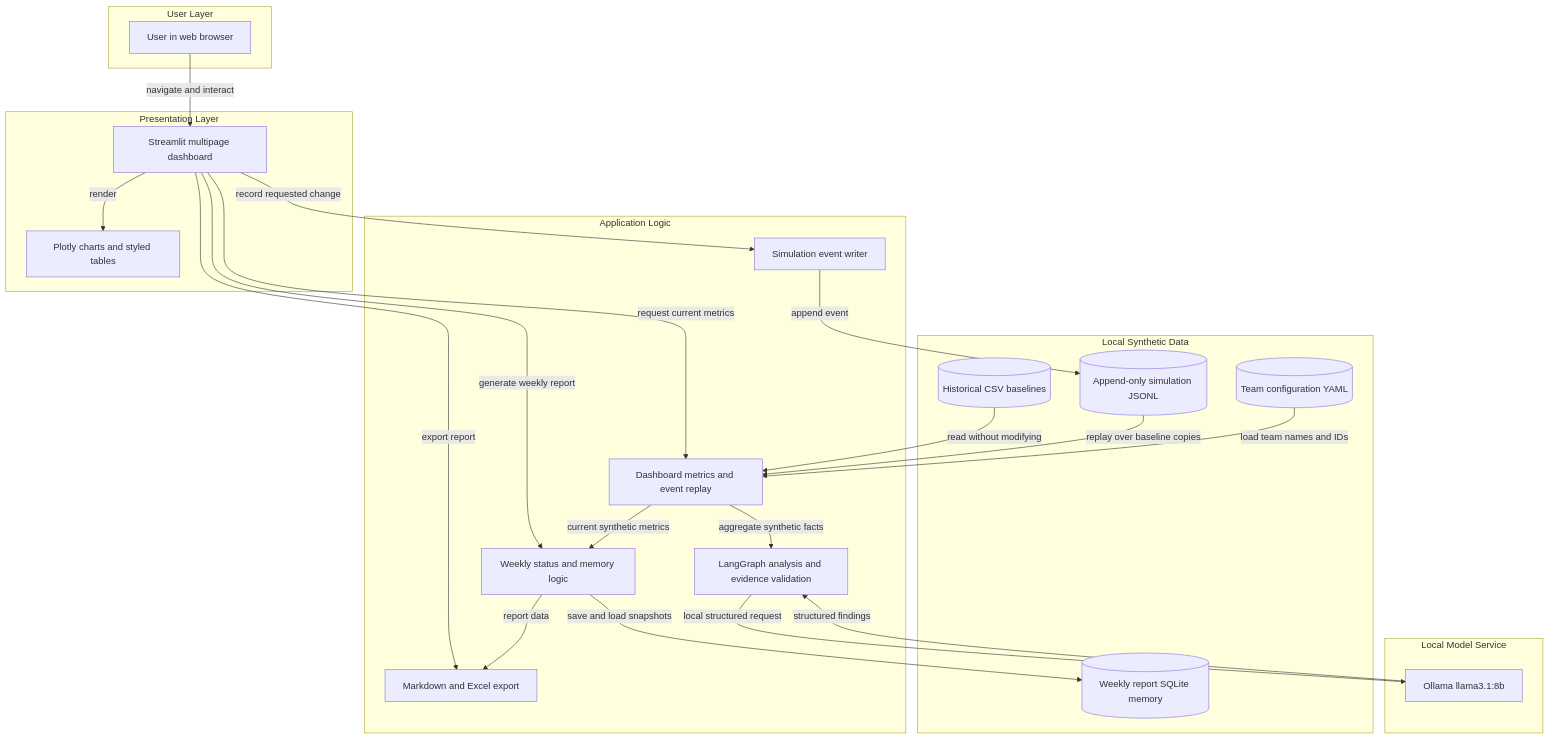
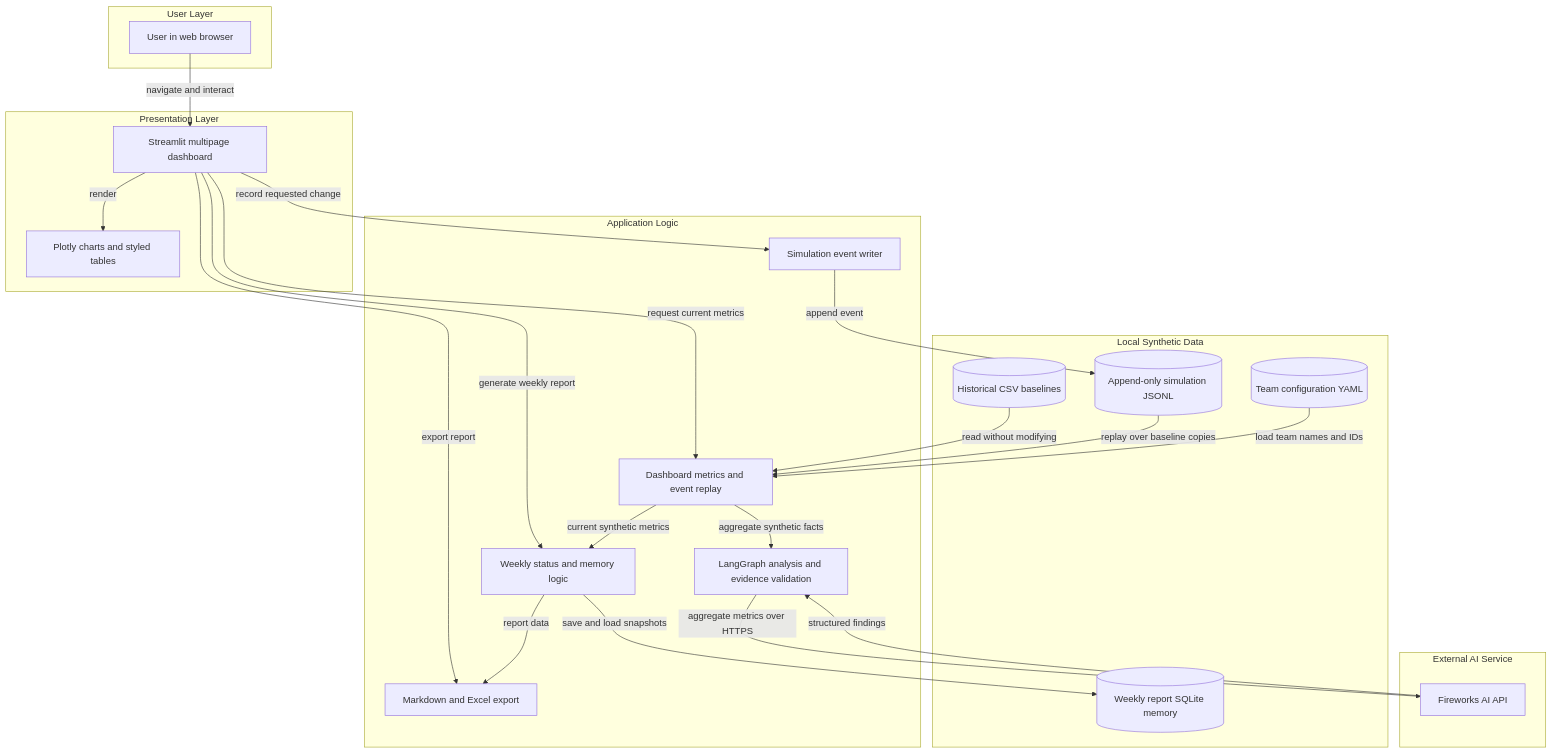
One commit to seema-srm/testpulse-ai changed the second of 3 diagrams in .github/modernize/assessment/engines/facts/architecture-diagram.md. Above: the diagram before and after it, drawn with Mermaid. The commit also changed other lines of this file and 11 other files, not shown here.

First line of the commit message:
Replace Ollama with Fireworks AI

````diff
--- a/.github/modernize/assessment/engines/facts/architecture-diagram.md
+++ b/.github/modernize/assessment/engines/facts/architecture-diagram.md
@@ -53,43 +53,43 @@
 ```mermaid
 flowchart TD
     subgraph UserLayer["User Layer"]
         Browser["User in web browser"]
     end
     subgraph PresentationLayer["Presentation Layer"]
         Streamlit["Streamlit multipage dashboard"]
         Charts["Plotly charts and styled tables"]
     end
     subgraph BusinessLayer["Application Logic"]
         Metrics["Dashboard metrics and event replay"]
         Simulation["Simulation event writer"]
         Reports["Weekly status and memory logic"]
         Analysis["LangGraph analysis and evidence validation"]
         Exports["Markdown and Excel export"]
     end
     subgraph LocalStorage["Local Synthetic Data"]
         Baseline[("Historical CSV baselines")]
         Events[("Append-only simulation JSONL")]
         Memory[("Weekly report SQLite memory")]
         TeamConfig[("Team configuration YAML")]
     end
-    subgraph LocalModel["Local Model Service"]
-        Ollama["Ollama llama3.1:8b"]
+    subgraph ExternalModel["External AI Service"]
+        Fireworks["Fireworks AI API"]
     end
 
     Browser -->|"navigate and interact"| Streamlit
     Streamlit -->|"render"| Charts
     Streamlit -->|"request current metrics"| Metrics
     Baseline -->|"read without modifying"| Metrics
     Events -->|"replay over baseline copies"| Metrics
     TeamConfig -->|"load team names and IDs"| Metrics
     Streamlit -->|"record requested change"| Simulation
     Simulation -->|"append event"| Events
     Metrics -->|"aggregate synthetic facts"| Analysis
-    Analysis -->|"local structured request"| Ollama
-    Ollama -->|"structured findings"| Analysis
+    Analysis -->|"aggregate metrics over HTTPS"| Fireworks
+    Fireworks -->|"structured findings"| Analysis
     Streamlit -->|"generate weekly report"| Reports
     Metrics -->|"current synthetic metrics"| Reports
     Reports -->|"save and load snapshots"| Memory
     Streamlit -->|"export report"| Exports
     Reports -->|"report data"| Exports
 ```
````
